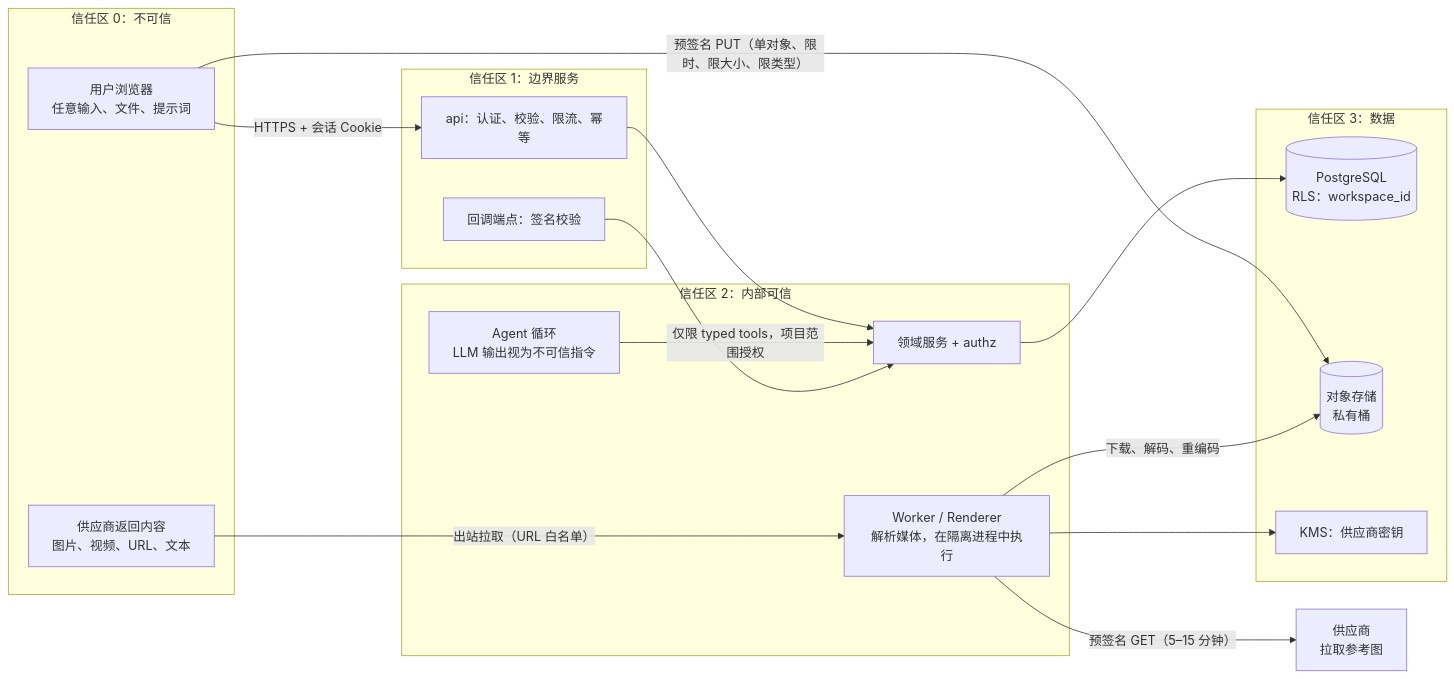
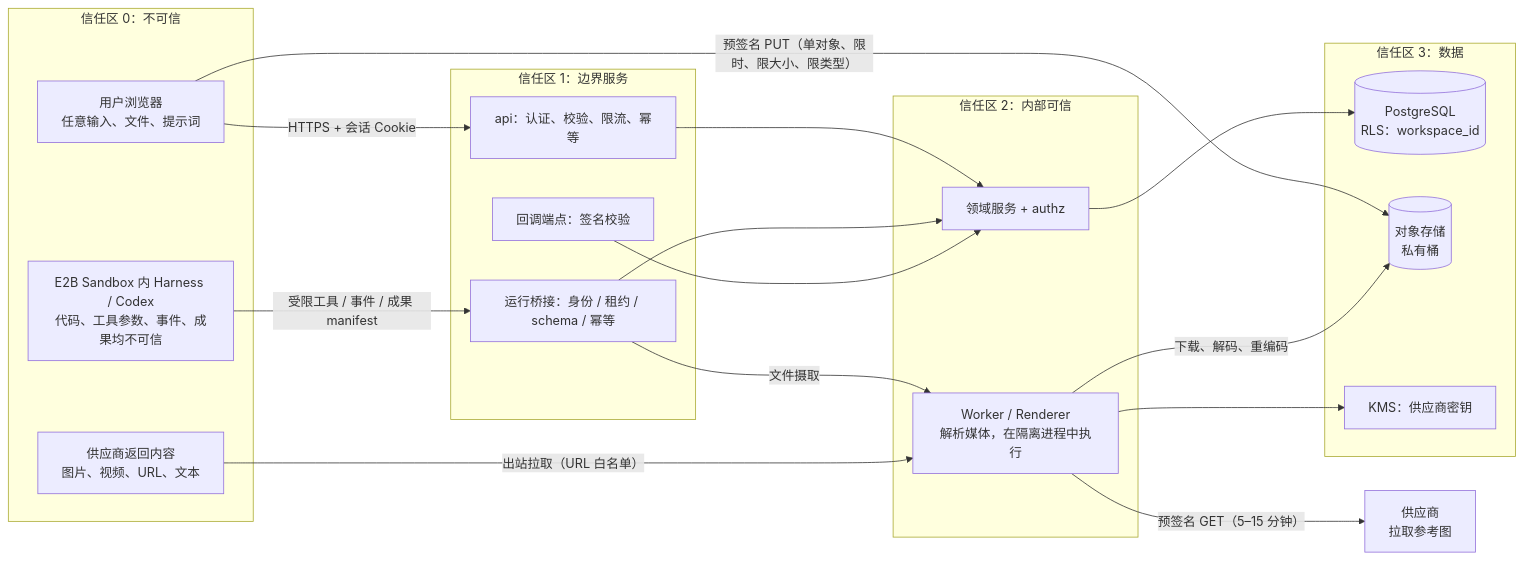
Before and after one commit to abystra/design-x: the ninth of 10 diagrams in docs/architecture/02-architecture-diagrams.md, drawn with Mermaid. The commit also changed other lines of this file and 39 other files, not shown here.

Commit message:
feat: add persistent workspace API and adopt Codex E2B architecture

````diff
--- a/docs/architecture/02-architecture-diagrams.md
+++ b/docs/architecture/02-architecture-diagrams.md
@@ -463,35 +449,38 @@
 ```mermaid
 flowchart LR
   subgraph TB0["信任区 0：不可信"]
     browser["用户浏览器<br/>任意输入、文件、提示词"]
     provOut["供应商返回内容<br/>图片、视频、URL、文本"]
+    agent["E2B Sandbox 内 Harness / Codex<br/>代码、工具参数、事件、成果均不可信"]
   end
 
   subgraph TB1["信任区 1：边界服务"]
     apiE["api：认证、校验、限流、幂等"]
     cbE["回调端点：签名校验"]
+    runtimeE["运行桥接：身份 / 租约 / schema / 幂等"]
   end
 
   subgraph TB2["信任区 2：内部可信"]
     dom["领域服务 + authz"]
-    agent["Agent 循环<br/>LLM 输出视为不可信指令"]
     workers["Worker / Renderer<br/>解析媒体，在隔离进程中执行"]
   end
 
   subgraph TB3["信任区 3：数据"]
     db[("PostgreSQL<br/>RLS：workspace_id")]
     os[("对象存储<br/>私有桶")]
     sec["KMS：供应商密钥"]
   end
 
   browser -->|"HTTPS + 会话 Cookie"| apiE
   browser -->|"预签名 PUT（单对象、限时、限大小、限类型）"| os
   apiE --> dom
   dom --> db
-  agent -->|"仅限 typed tools，项目范围授权"| dom
+  agent -->|"受限工具 / 事件 / 成果 manifest"| runtimeE
+  runtimeE --> dom
+  runtimeE -->|文件摄取| workers
   workers -->|"下载、解码、重编码"| os
   provOut -->|"出站拉取（URL 白名单）"| workers
   cbE --> dom
   workers --> sec
   workers -->|"预签名 GET（5–15 分钟）"| provIn["供应商<br/>拉取参考图"]
 ```
````
